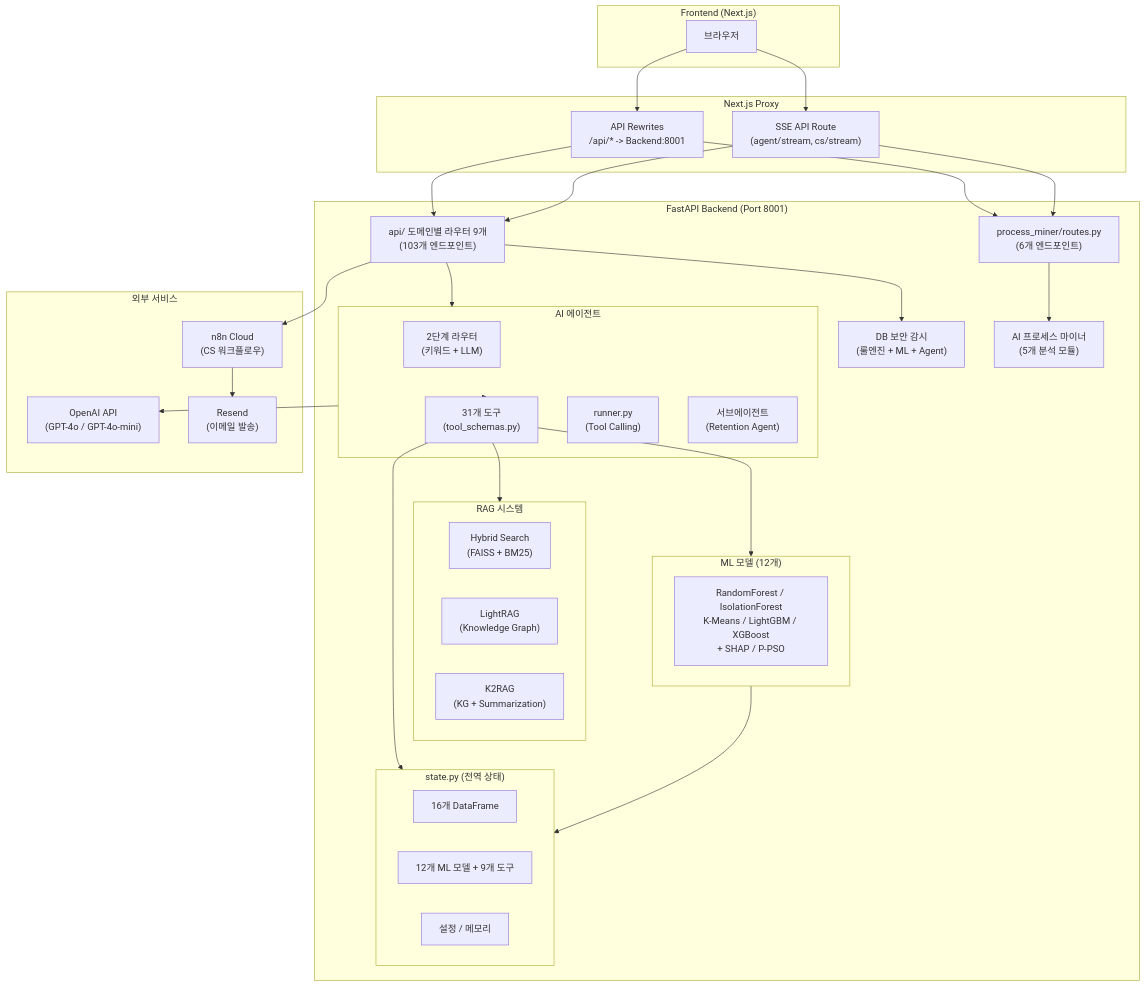
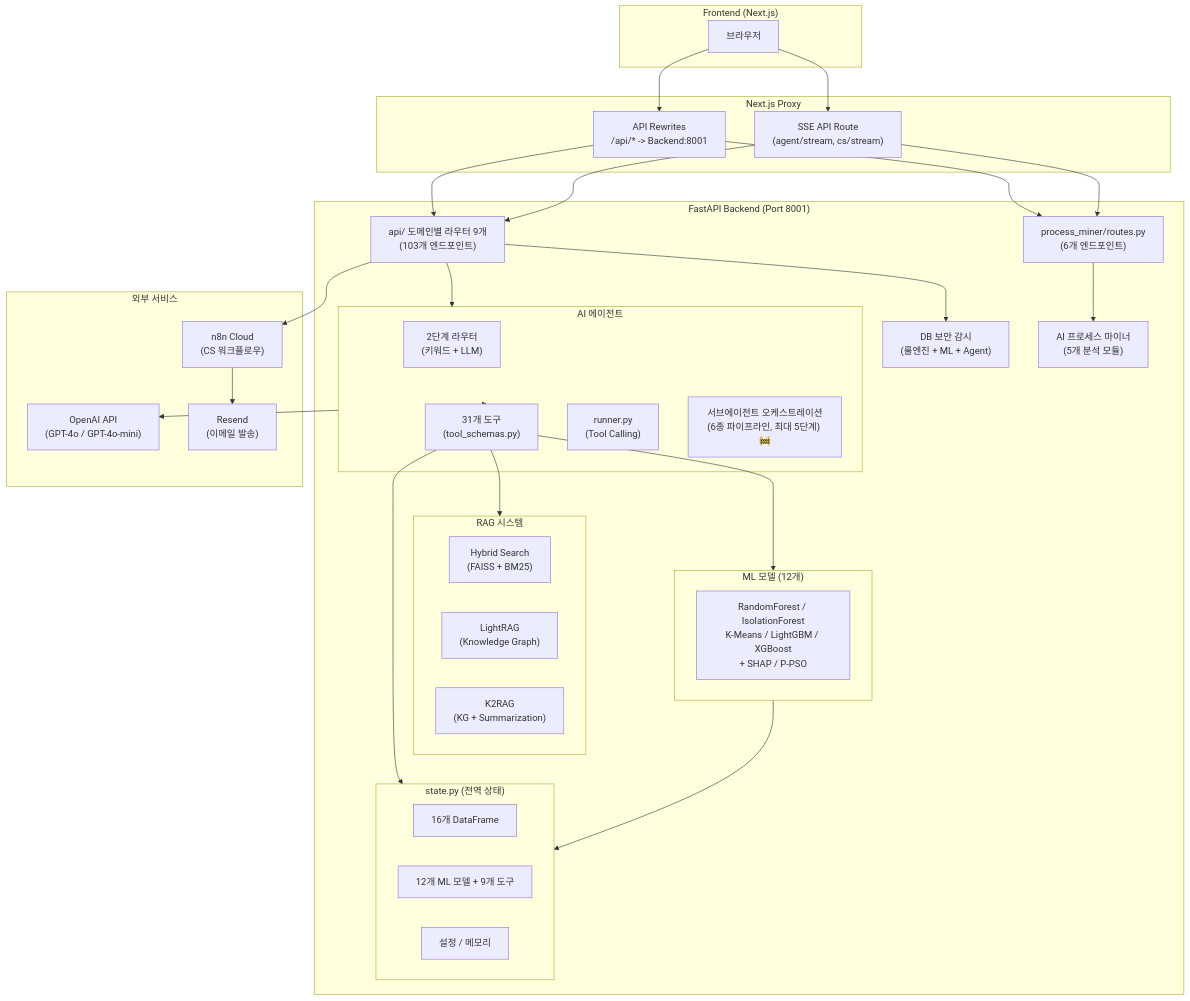
One commit to ASNGG/cafe24-demo changed the first of 27 diagrams in backend 리팩토링 시작/README.md. Above: the diagram before and after it, drawn with Mermaid. The commit also changed other lines of this file and 7 other files, not shown here.

````diff
--- a/backend 리팩토링 시작/README.md
+++ b/backend 리팩토링 시작/README.md
@@ -118,57 +118,57 @@
 ```mermaid
 flowchart TB
     subgraph Client["Frontend (Next.js)"]
         FE["브라우저"]
     end
 
     subgraph Proxy["Next.js Proxy"]
         NP["API Rewrites<br/>/api/* -> Backend:8001"]
         SSE["SSE API Route<br/>(agent/stream, cs/stream)"]
     end
 
     subgraph Backend["FastAPI Backend (Port 8001)"]
         ROUTES["api/ 도메인별 라우터 9개<br/>(103개 엔드포인트)"]
         PM_ROUTES["process_miner/routes.py<br/>(6개 엔드포인트)"]
 
         subgraph Agent["AI 에이전트"]
             ROUTER["2단계 라우터<br/>(키워드 + LLM)"]
             TOOLS["31개 도구<br/>(tool_schemas.py)"]
             RUNNER["runner.py<br/>(Tool Calling)"]
-            SUBAGENT["서브에이전트<br/>(Retention Agent)"]
+            SUBAGENT["서브에이전트 오케스트레이션<br/>(6종 파이프라인, 최대 5단계) 🚧"]
         end
 
         subgraph RAG["RAG 시스템"]
             HYBRID["Hybrid Search<br/>(FAISS + BM25)"]
             LIGHTRAG["LightRAG<br/>(Knowledge Graph)"]
             K2RAG["K2RAG<br/>(KG + Summarization)"]
         end
 
         subgraph ML["ML 모델 (12개)"]
             MODELS["RandomForest / IsolationForest<br/>K-Means / LightGBM / XGBoost<br/>+ SHAP / P-PSO"]
         end
 
         subgraph State["state.py (전역 상태)"]
             DF["16개 DataFrame"]
             MLV["12개 ML 모델 + 9개 도구"]
             CFG["설정 / 메모리"]
         end
 
         GUARDIAN["DB 보안 감시<br/>(룰엔진 + ML + Agent)"]
         MINER["AI 프로세스 마이너<br/>(5개 분석 모듈)"]
     end
 
     subgraph External["외부 서비스"]
         OPENAI["OpenAI API<br/>(GPT-4o / GPT-4o-mini)"]
         N8N["n8n Cloud<br/>(CS 워크플로우)"]
         RESEND["Resend<br/>(이메일 발송)"]
     end
 
     FE --> NP & SSE --> ROUTES & PM_ROUTES
     ROUTES --> Agent --> TOOLS --> ML & RAG
     ROUTES --> GUARDIAN
     PM_ROUTES --> MINER
     Agent --> OPENAI
     ROUTES --> N8N --> RESEND
     TOOLS --> State
     ML --> State
 ```
````
